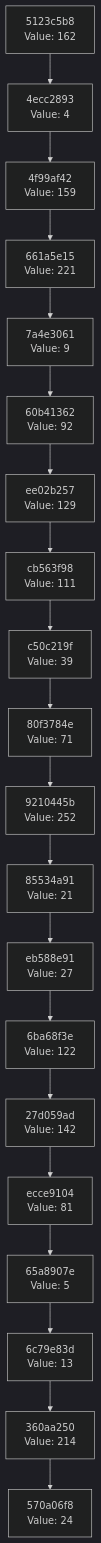
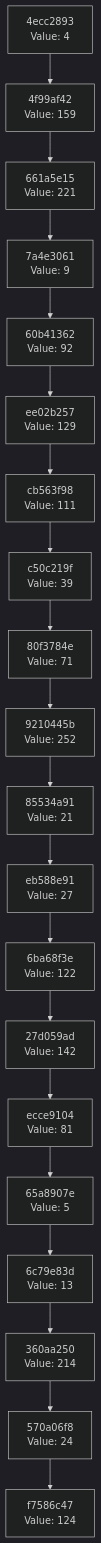
One commit to Abhisheksinha1506/hash-chain-evolver changed the diagram in docs/CHAIN_VISUALIZATION.md. Above: the diagram before and after it, drawn with Mermaid (dark theme). The commit also changed 2 other files, not shown here.

Commit message:
Evolution Step

````diff
--- a/docs/CHAIN_VISUALIZATION.md
+++ b/docs/CHAIN_VISUALIZATION.md
@@ -3,42 +3,42 @@
 ```mermaid
 graph TD
-    C0["570a06f8<br/>Value: 24"]
-    C1["360aa250<br/>Value: 214"]
+    C0["f7586c47<br/>Value: 124"]
+    C1["570a06f8<br/>Value: 24"]
     C1 --> C0
-    C2["6c79e83d<br/>Value: 13"]
+    C2["360aa250<br/>Value: 214"]
     C2 --> C1
-    C3["65a8907e<br/>Value: 5"]
+    C3["6c79e83d<br/>Value: 13"]
     C3 --> C2
-    C4["ecce9104<br/>Value: 81"]
+    C4["65a8907e<br/>Value: 5"]
     C4 --> C3
-    C5["27d059ad<br/>Value: 142"]
+    C5["ecce9104<br/>Value: 81"]
     C5 --> C4
-    C6["6ba68f3e<br/>Value: 122"]
+    C6["27d059ad<br/>Value: 142"]
     C6 --> C5
-    C7["eb588e91<br/>Value: 27"]
+    C7["6ba68f3e<br/>Value: 122"]
     C7 --> C6
-    C8["85534a91<br/>Value: 21"]
+    C8["eb588e91<br/>Value: 27"]
     C8 --> C7
-    C9["9210445b<br/>Value: 252"]
+    C9["85534a91<br/>Value: 21"]
     C9 --> C8
-    C10["80f3784e<br/>Value: 71"]
+    C10["9210445b<br/>Value: 252"]
     C10 --> C9
-    C11["c50c219f<br/>Value: 39"]
+    C11["80f3784e<br/>Value: 71"]
     C11 --> C10
-    C12["cb563f98<br/>Value: 111"]
+    C12["c50c219f<br/>Value: 39"]
     C12 --> C11
-    C13["ee02b257<br/>Value: 129"]
+    C13["cb563f98<br/>Value: 111"]
     C13 --> C12
-    C14["60b41362<br/>Value: 92"]
+    C14["ee02b257<br/>Value: 129"]
     C14 --> C13
-    C15["7a4e3061<br/>Value: 9"]
+    C15["60b41362<br/>Value: 92"]
     C15 --> C14
-    C16["661a5e15<br/>Value: 221"]
+    C16["7a4e3061<br/>Value: 9"]
     C16 --> C15
-    C17["4f99af42<br/>Value: 159"]
+    C17["661a5e15<br/>Value: 221"]
     C17 --> C16
-    C18["4ecc2893<br/>Value: 4"]
+    C18["4f99af42<br/>Value: 159"]
     C18 --> C17
-    C19["5123c5b8<br/>Value: 162"]
+    C19["4ecc2893<br/>Value: 4"]
     C19 --> C18
 ```
````
